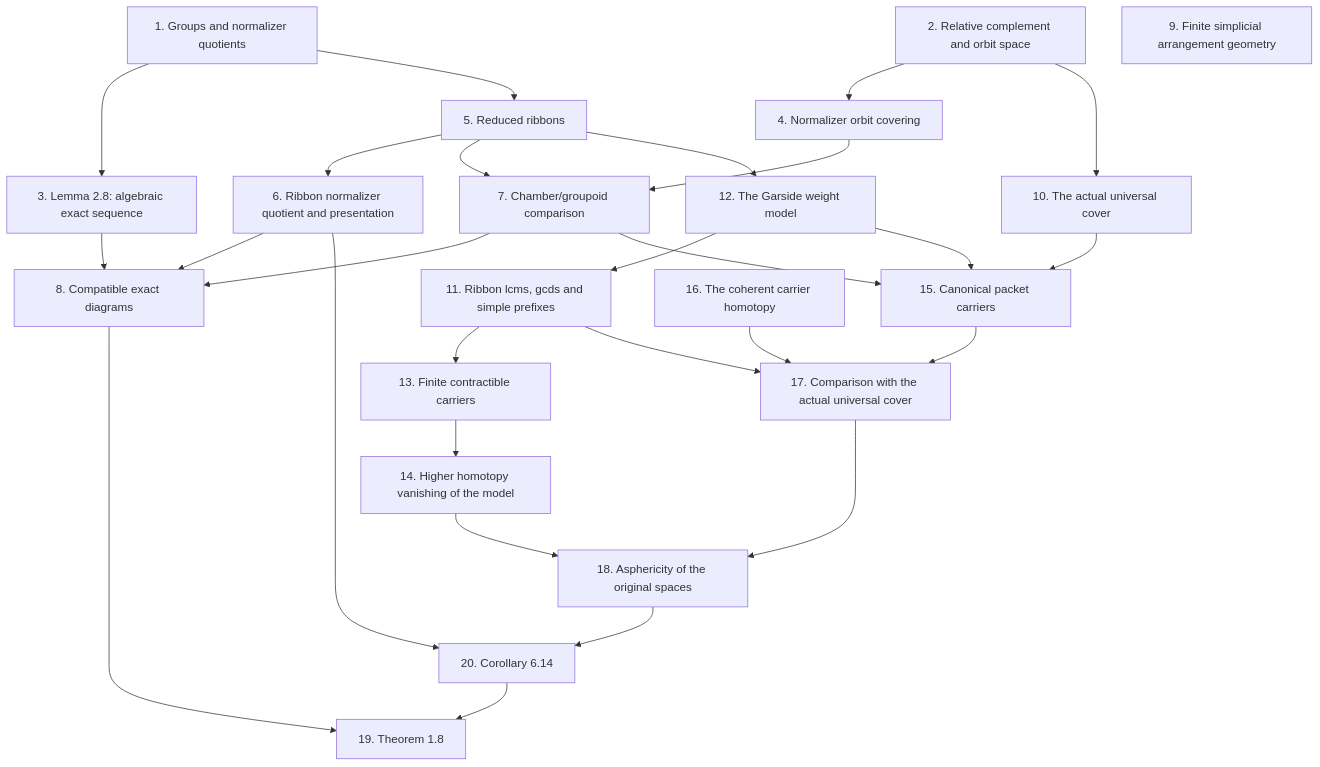
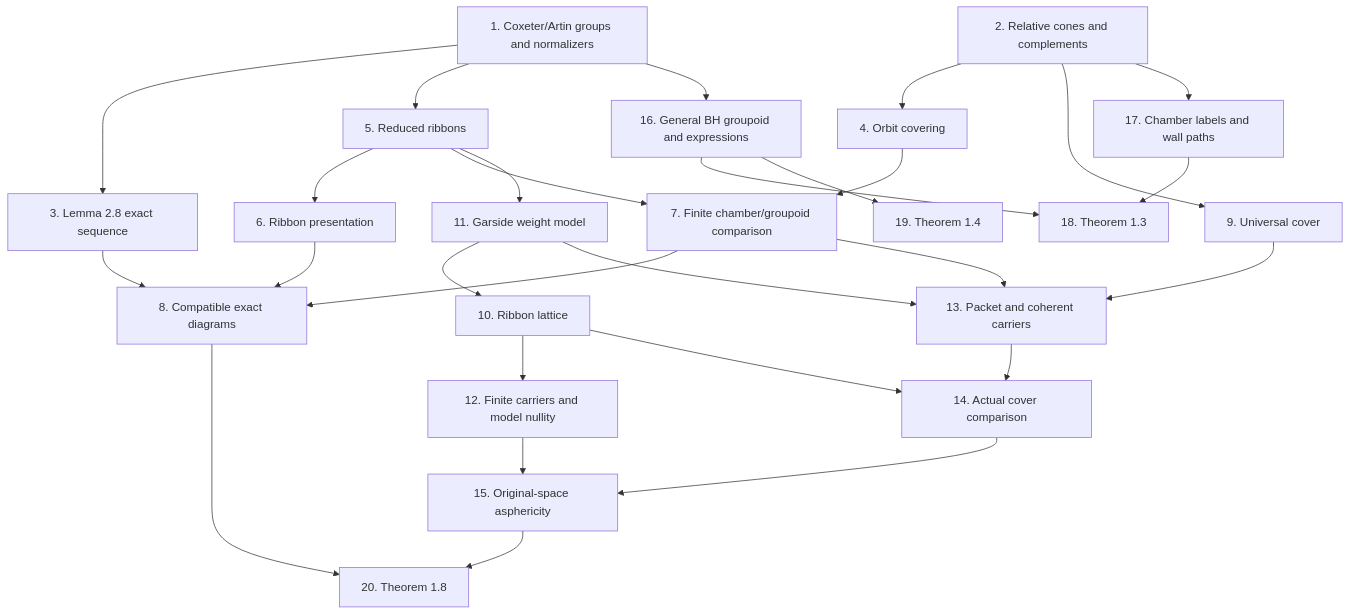
Before and after one commit to Alphabeta-Math/artin-tits-normalisers-lean: the diagram in README.md, drawn with Mermaid. The commit also changed other lines of this file and 7 other files, not shown here.

````diff
--- a/README.md
+++ b/README.md
@@ -30,49 +33,50 @@
 ```mermaid
 flowchart TD
-  n1["1. Groups and normalizer quotients"]
-  n2["2. Relative complement and orbit space"]
-  n3["3. Lemma 2.8: algebraic exact sequence"]
-  n4["4. Normalizer orbit covering"]
+  n1["1. Coxeter/Artin groups and normalizers"]
+  n2["2. Relative cones and complements"]
+  n3["3. Lemma 2.8 exact sequence"]
+  n4["4. Orbit covering"]
   n5["5. Reduced ribbons"]
-  n6["6. Ribbon normalizer quotient and presentation"]
-  n7["7. Chamber/groupoid comparison"]
+  n6["6. Ribbon presentation"]
+  n7["7. Finite chamber/groupoid comparison"]
   n8["8. Compatible exact diagrams"]
-  n9["9. Finite simplicial arrangement geometry"]
-  n10["10. The actual universal cover"]
-  n11["11. Ribbon lcms, gcds and simple prefixes"]
-  n12["12. The Garside weight model"]
-  n13["13. Finite contractible carriers"]
-  n14["14. Higher homotopy vanishing of the model"]
-  n15["15. Canonical packet carriers"]
-  n16["16. The coherent carrier homotopy"]
-  n17["17. Comparison with the actual universal cover"]
-  n18["18. Asphericity of the original spaces"]
-  n19["19. Theorem 1.8"]
-  n20["20. Corollary 6.14"]
+  n9["9. Universal cover"]
+  n10["10. Ribbon lattice"]
+  n11["11. Garside weight model"]
+  n12["12. Finite carriers and model nullity"]
+  n13["13. Packet and coherent carriers"]
+  n14["14. Actual cover comparison"]
+  n15["15. Original-space asphericity"]
+  n16["16. General BH groupoid and expressions"]
+  n17["17. Chamber labels and wall paths"]
+  n18["18. Theorem 1.3"]
+  n19["19. Theorem 1.4"]
+  n20["20. Theorem 1.8"]
   n1 --> n3
   n1 --> n5
+  n1 --> n16
   n2 --> n4
-  n2 --> n10
+  n2 --> n9
+  n2 --> n17
   n3 --> n8
   n4 --> n7
   n5 --> n6
   n5 --> n7
-  n5 --> n12
+  n5 --> n11
   n6 --> n8
-  n6 --> n20
   n7 --> n8
-  n7 --> n15
-  n8 --> n19
-  n10 --> n15
+  n7 --> n13
+  n9 --> n13
+  n10 --> n12
+  n11 --> n10
   n11 --> n13
-  n11 --> n17
-  n12 --> n11
   n12 --> n15
   n13 --> n14
-  n14 --> n18
-  n15 --> n17
-  n16 --> n17
+  n10 --> n14
+  n14 --> n15
+  n8 --> n20
+  n15 --> n20
+  n16 --> n18
   n17 --> n18
-  n18 --> n20
-  n20 --> n19
+  n16 --> n19
 ```
````
